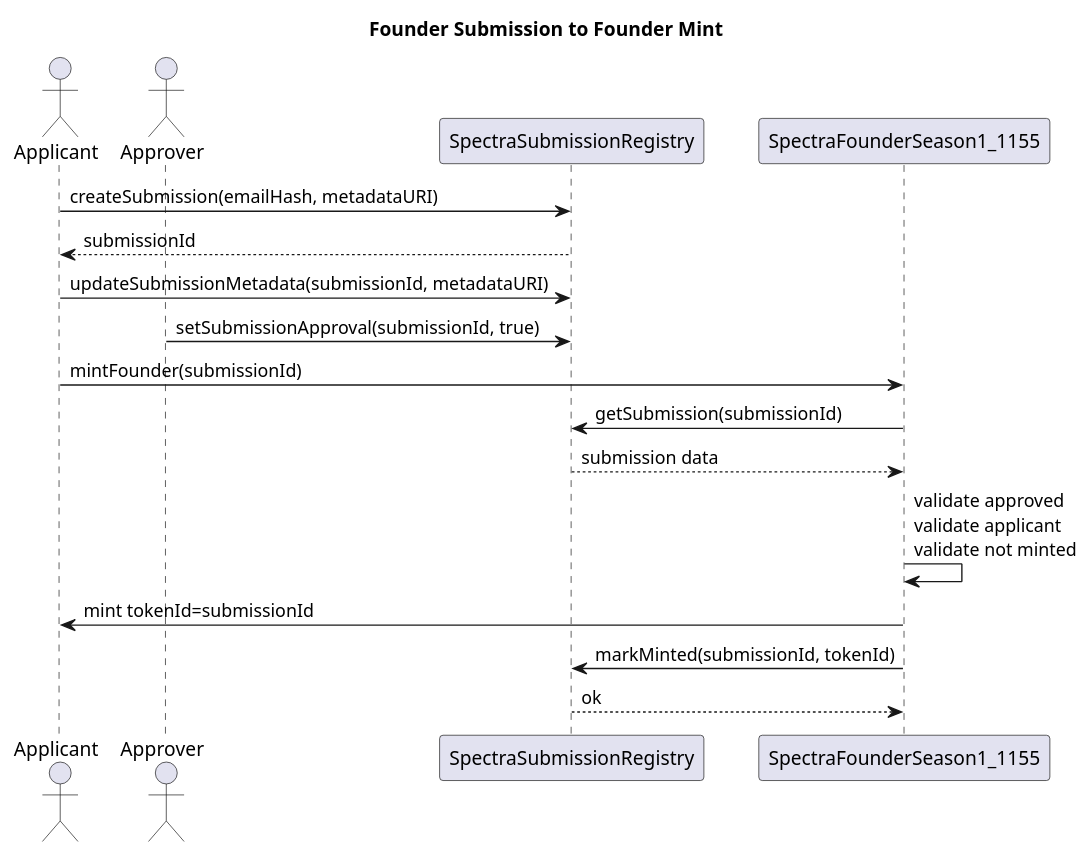
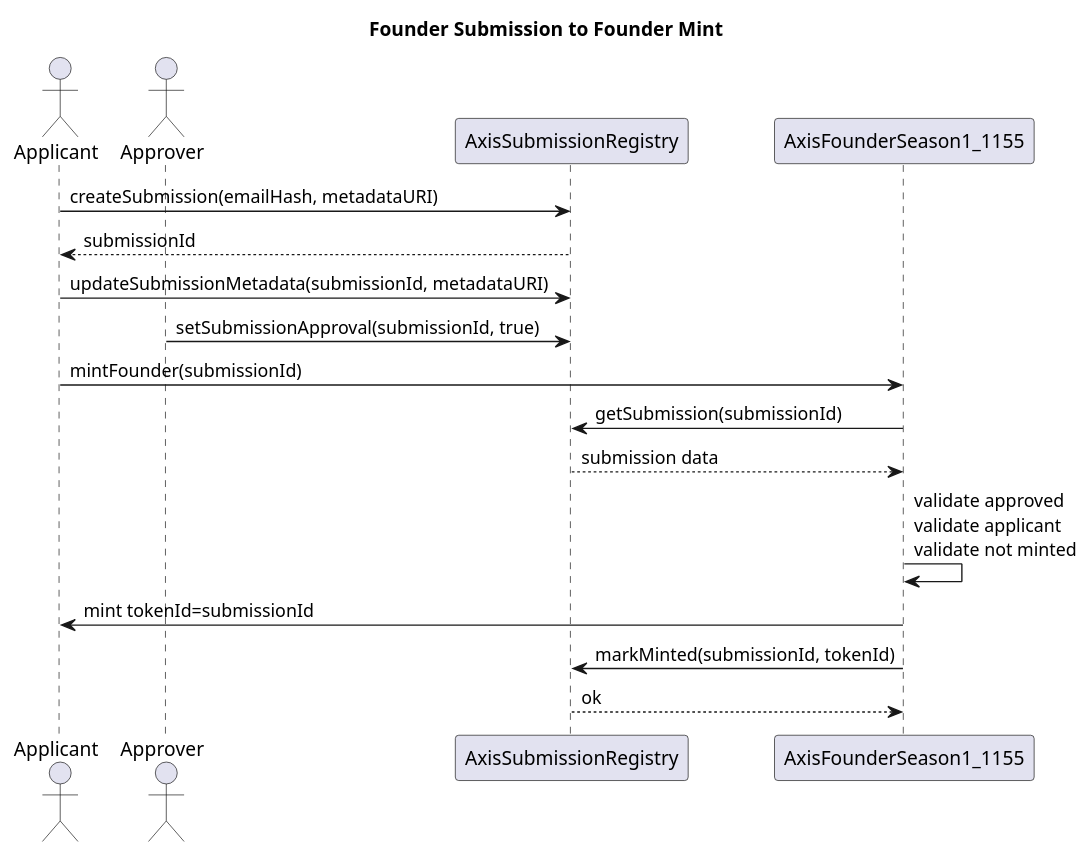
One commit to sunshinevendetta/axisv1 changed the diagram in docs/diagrams/founder-mint-lifecycle.puml. Above: the diagram before and after it, drawn with PlantUML. The commit also changed 7990 other files, not shown here.

```diff
--- a/docs/diagrams/founder-mint-lifecycle.puml
+++ b/docs/diagrams/founder-mint-lifecycle.puml
@@ -1,24 +1,24 @@
 @startuml
 title Founder Submission to Founder Mint
 
 actor Applicant
 actor Approver
-participant "SpectraSubmissionRegistry" as Submission
-participant "SpectraFounderSeason1_1155" as Founder1155
+participant "AxisSubmissionRegistry" as Submission
+participant "AxisFounderSeason1_1155" as Founder1155
 
 Applicant -> Submission : createSubmission(emailHash, metadataURI)
 Submission --> Applicant : submissionId
 
 Applicant -> Submission : updateSubmissionMetadata(submissionId, metadataURI)
 Approver -> Submission : setSubmissionApproval(submissionId, true)
 
 Applicant -> Founder1155 : mintFounder(submissionId)
 Founder1155 -> Submission : getSubmission(submissionId)
 Submission --> Founder1155 : submission data
 
 Founder1155 -> Founder1155 : validate approved\nvalidate applicant\nvalidate not minted
 Founder1155 -> Applicant : mint tokenId=submissionId
 Founder1155 -> Submission : markMinted(submissionId, tokenId)
 Submission --> Founder1155 : ok
 
 @enduml
```
